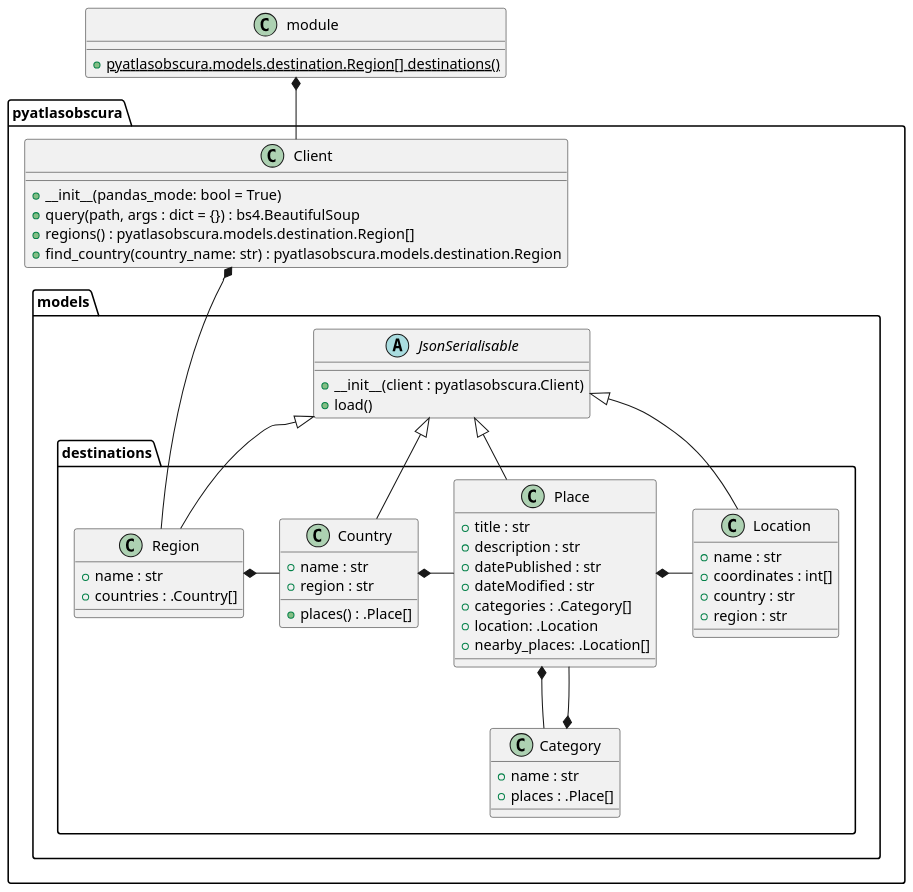
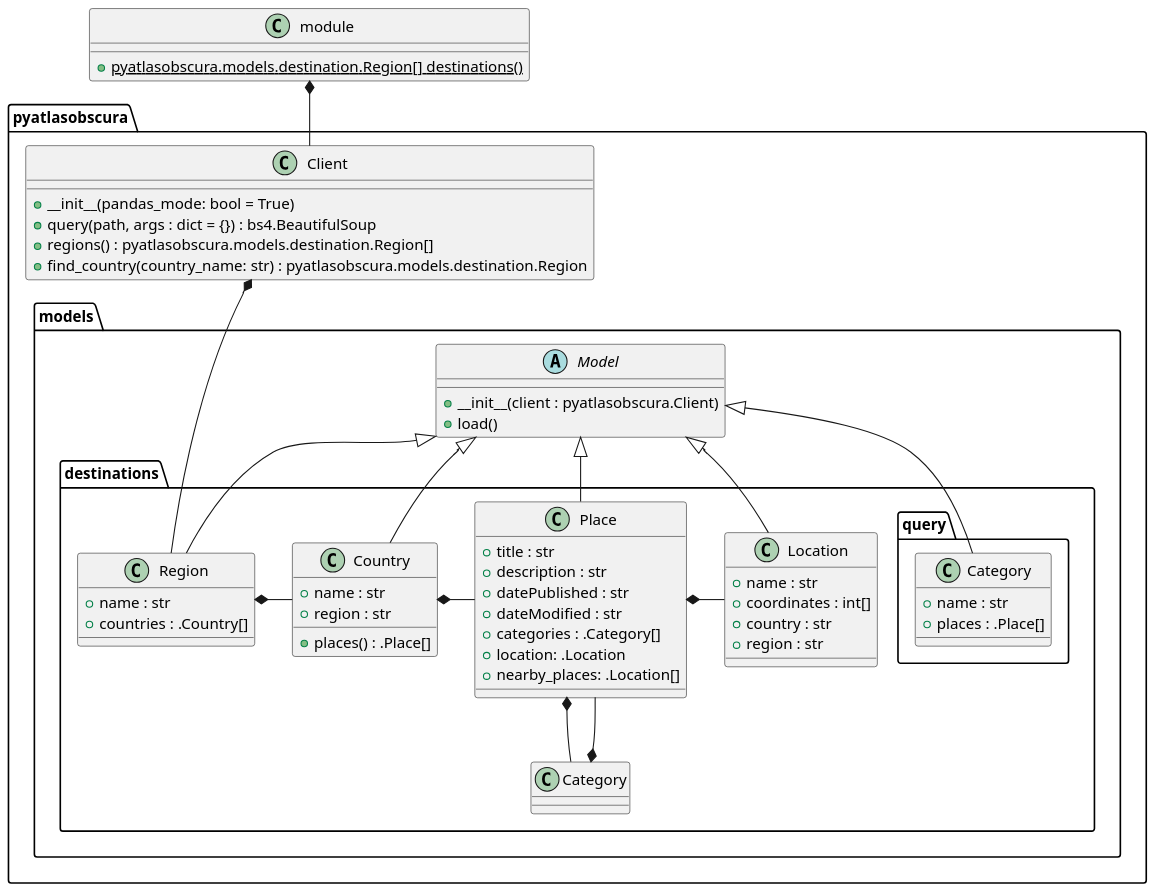
One commit to drewsonne/pyatlasobscura changed the diagram in docs/diagrams/pyatlasobscura.puml. Above: the diagram before and after it, drawn with PlantUML. The commit also changed 1 other file, not shown here.

Commit message:
Add example and update diagrams

```diff
--- a/docs/diagrams/pyatlasobscura.puml
+++ b/docs/diagrams/pyatlasobscura.puml
@@ -1,70 +1,73 @@
 @startuml
 scale 2160*1139
 set namespaceSeparator .
 
 
 class module {
     + {static} pyatlasobscura.models.destination.Region[] destinations()
 }
 
 class pyatlasobscura.Client {
     + __init__(pandas_mode: bool = True)
     + query(path, args : dict = {}) : bs4.BeautifulSoup
     + regions() : pyatlasobscura.models.destination.Region[]
     + find_country(country_name: str) : pyatlasobscura.models.destination.Region
 }
 
-abstract class pyatlasobscura.models.JsonSerialisable {
+abstract class pyatlasobscura.models.Model {
     + __init__(client : pyatlasobscura.Client)
     + load()
 }
+
+
 
 class pyatlasobscura.models.destinations.Location {
     + name : str
     + coordinates : int[]
     + country : str
     + region : str
 }
 
 class pyatlasobscura.models.destinations.Region {
     + name : str
     + countries : .Country[]
 }
 
 class pyatlasobscura.models.destinations.Country {
     + name : str
     + region : str
     + places() : .Place[]
 }
 
 class pyatlasobscura.models.destinations.Place {
     + title : str
     + description : str
     + datePublished : str
     + dateModified : str
     + categories : .Category[]
     + location: .Location
     + nearby_places: .Location[]
 }
 
-class pyatlasobscura.models.destinations.Category {
+class pyatlasobscura.models.destinations.query.Category {
     + name : str
     + places : .Place[]
 }
 
 module *-- pyatlasobscura.Client
 
-pyatlasobscura.models.JsonSerialisable <|-- pyatlasobscura.models.destinations.Region
-pyatlasobscura.models.JsonSerialisable <|-- pyatlasobscura.models.destinations.Country
-pyatlasobscura.models.JsonSerialisable <|-- pyatlasobscura.models.destinations.Place
-pyatlasobscura.models.JsonSerialisable <|-- pyatlasobscura.models.destinations.Location
+pyatlasobscura.models.Model <|-- pyatlasobscura.models.destinations.Region
+pyatlasobscura.models.Model <|-- pyatlasobscura.models.destinations.Country
+pyatlasobscura.models.Model <|-- pyatlasobscura.models.destinations.Place
+pyatlasobscura.models.Model <|-- pyatlasobscura.models.destinations.Location
+pyatlasobscura.models.Model <|-- pyatlasobscura.models.destinations.query.Category
 
 pyatlasobscura.models.destinations.Region *- pyatlasobscura.models.destinations.Country
 pyatlasobscura.models.destinations.Country *- pyatlasobscura.models.destinations.Place
 pyatlasobscura.models.destinations.Place *- pyatlasobscura.models.destinations.Location
 pyatlasobscura.models.destinations.Place *-- pyatlasobscura.models.destinations.Category
 pyatlasobscura.models.destinations.Category *-- pyatlasobscura.models.destinations.Place
 
 pyatlasobscura.Client *--- pyatlasobscura.models.destinations.Region
 
 @enduml
```
